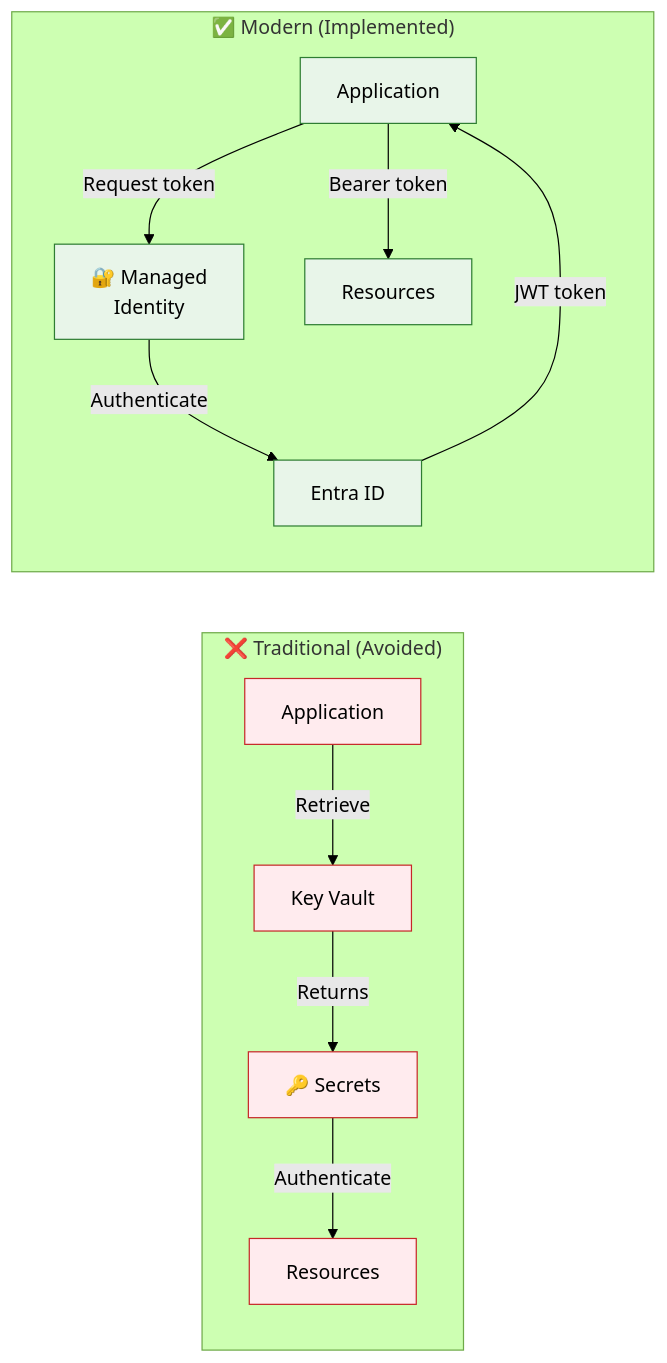
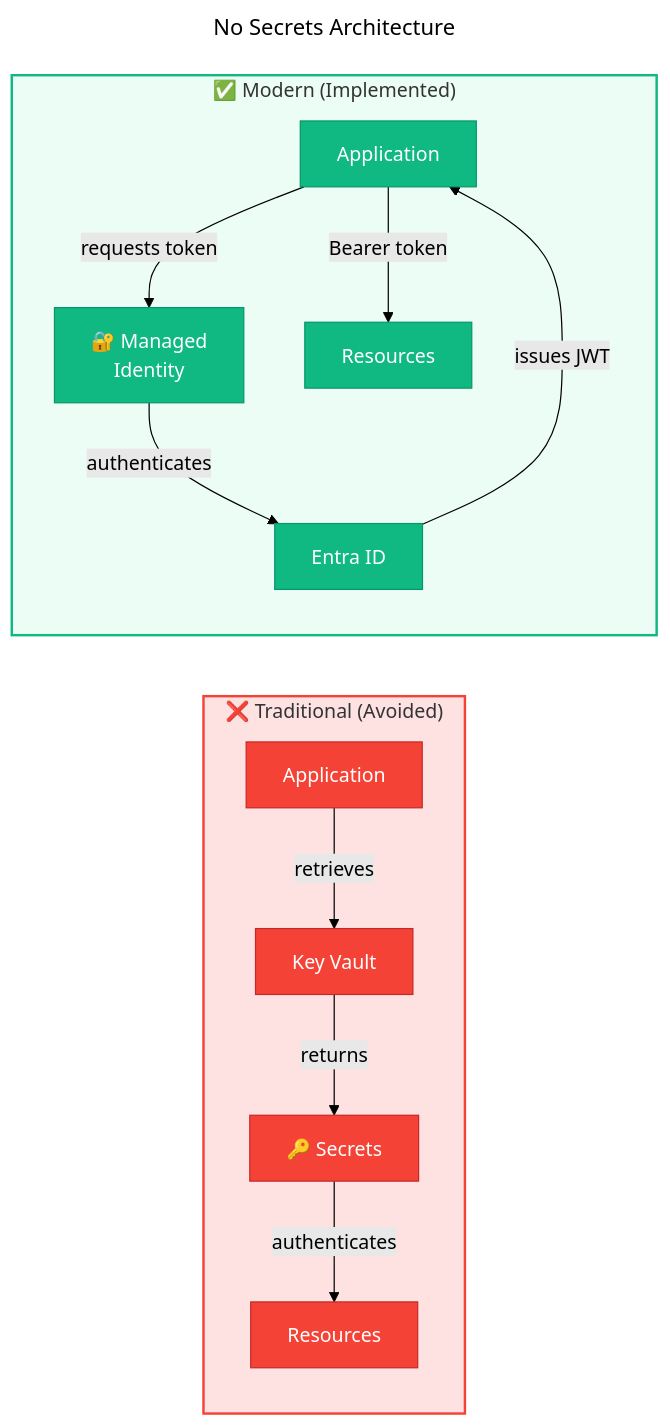
One commit to Evilazaro/Azure-LogicApps-Monitoring changed the fifth of 5 diagrams in docs/architecture/06-security-architecture.md. Above: the diagram before and after it, drawn with Mermaid (forest theme). The commit also changed other lines of this file, not shown here.

Commit message:
feat: Revise security architecture diagrams with enhanced structure, connections, and visual styles

````diff
--- a/docs/architecture/06-security-architecture.md
+++ b/docs/architecture/06-security-architecture.md
@@ -238,31 +283,42 @@
 ```mermaid
+---
+title: No Secrets Architecture
+---
 flowchart LR
+    %% ===== TRADITIONAL (AVOIDED) =====
     subgraph Traditional["❌ Traditional (Avoided)"]
         App1["Application"]
         Secrets["🔑 Secrets"]
         KV1["Key Vault"]
         Res1["Resources"]
 
-        App1 -->|"Retrieve"| KV1
-        KV1 -->|"Returns"| Secrets
-        Secrets -->|"Authenticate"| Res1
+        App1 -->|"retrieves"| KV1
+        KV1 -->|"returns"| Secrets
+        Secrets -->|"authenticates"| Res1
     end
 
+    %% ===== MODERN (IMPLEMENTED) =====
     subgraph Modern["✅ Modern (Implemented)"]
         App2["Application"]
         MI2["🔐 Managed<br/>Identity"]
         Entra2["Entra ID"]
         Res2["Resources"]
 
-        App2 -->|"Request token"| MI2
-        MI2 -->|"Authenticate"| Entra2
-        Entra2 -->|"JWT token"| App2
+        App2 -->|"requests token"| MI2
+        MI2 -->|"authenticates"| Entra2
+        Entra2 -->|"issues JWT"| App2
         App2 -->|"Bearer token"| Res2
     end
 
-    classDef avoided fill:#ffebee,stroke:#c62828
-    classDef implemented fill:#e8f5e9,stroke:#2e7d32
+    %% ===== STYLES - NODE CLASSES =====
+    classDef failed fill:#F44336,stroke:#C62828,color:#FFFFFF
+    classDef secondary fill:#10B981,stroke:#059669,color:#FFFFFF
 
-    class App1,Secrets,KV1,Res1 avoided
-    class App2,MI2,Entra2,Res2 implemented
+    %% ===== CLASS ASSIGNMENTS =====
+    class App1,Secrets,KV1,Res1 failed
+    class App2,MI2,Entra2,Res2 secondary
+
+    %% ===== SUBGRAPH STYLES =====
+    style Traditional fill:#FEE2E2,stroke:#F44336,stroke-width:2px
+    style Modern fill:#ECFDF5,stroke:#10B981,stroke-width:2px
 ```
````
